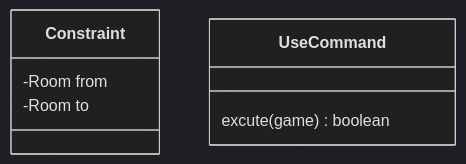
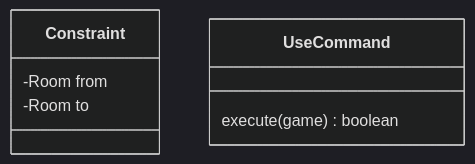
One commit to wutcst/sept1-wjycn2000 changed the seventh of 7 diagrams in REPORT.md. Above: the diagram before and after it, drawn with Mermaid (dark theme). The commit also changed other lines of this file and 14 other files, not shown here.

````diff
--- a/REPORT.md
+++ b/REPORT.md
@@ -262,11 +262,11 @@
 ```mermaid
 classDiagram
 class Constraint{
 -Room from
 -Room to
 }
 
 class UseCommand{
-	excute(game) boolean
+	execute(game) boolean
 }
 ```
````
